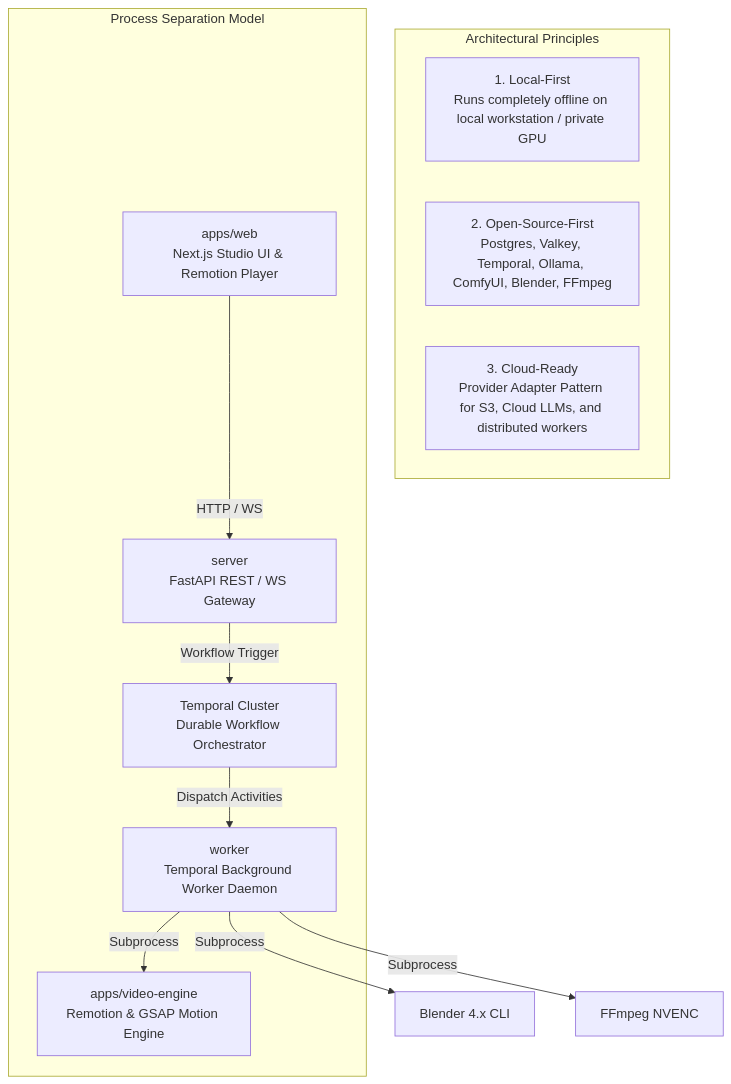
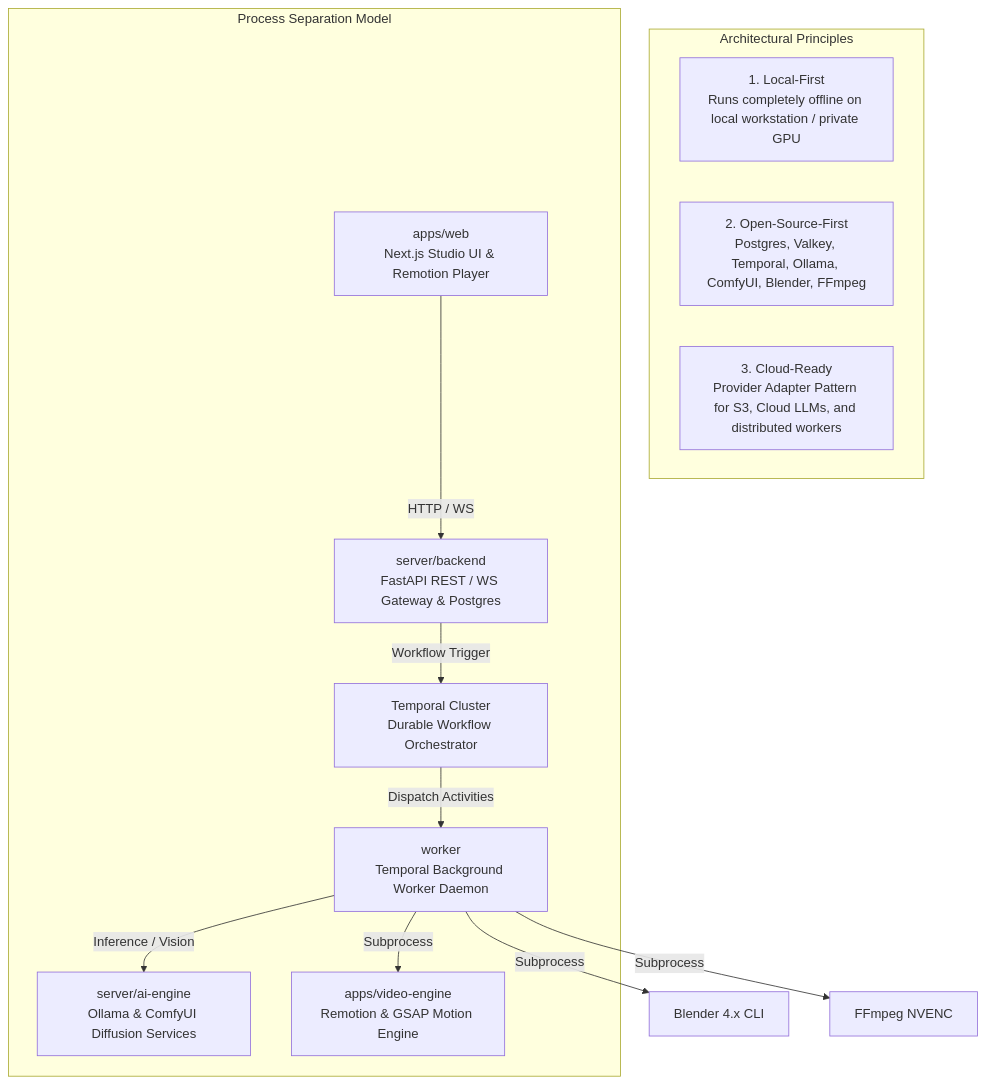
Before and after one commit to hoanglong2206/Video-Tool: the diagram in README.md, drawn with Mermaid. The commit also changed other lines of this file and 9 other files, not shown here.

Commit message:
docs(server): update documentation system for server/ai-engine and server/backend split

````diff
--- a/README.md
+++ b/README.md
@@ -29,23 +29,25 @@
 ```mermaid
 graph TD
     subgraph Principles ["Architectural Principles"]
         LF["1. Local-First<br>Runs completely offline on local workstation / private GPU"]
         OS["2. Open-Source-First<br>Postgres, Valkey, Temporal, Ollama, ComfyUI, Blender, FFmpeg"]
         CR["3. Cloud-Ready<br>Provider Adapter Pattern for S3, Cloud LLMs, and distributed workers"]
     end
 
     subgraph ProcessSeparation ["Process Separation Model"]
         Web["apps/web<br>Next.js Studio UI & Remotion Player"]
-        API["server<br>FastAPI REST / WS Gateway"]
+        API["server/backend<br>FastAPI REST / WS Gateway & Postgres"]
+        AIEngine["server/ai-engine<br>Ollama & ComfyUI Diffusion Services"]
         Orch["Temporal Cluster<br>Durable Workflow Orchestrator"]
         Worker["worker<br>Temporal Background Worker Daemon"]
         Engine["apps/video-engine<br>Remotion & GSAP Motion Engine"]
     end
 
     Web -->|HTTP / WS| API
     API -->|Workflow Trigger| Orch
     Orch -->|Dispatch Activities| Worker
+    Worker -->|Inference / Vision| AIEngine
     Worker -->|Subprocess| Engine
     Worker -->|Subprocess| Blender["Blender 4.x CLI"]
     Worker -->|Subprocess| FFmpeg["FFmpeg NVENC"]
 ```
````
